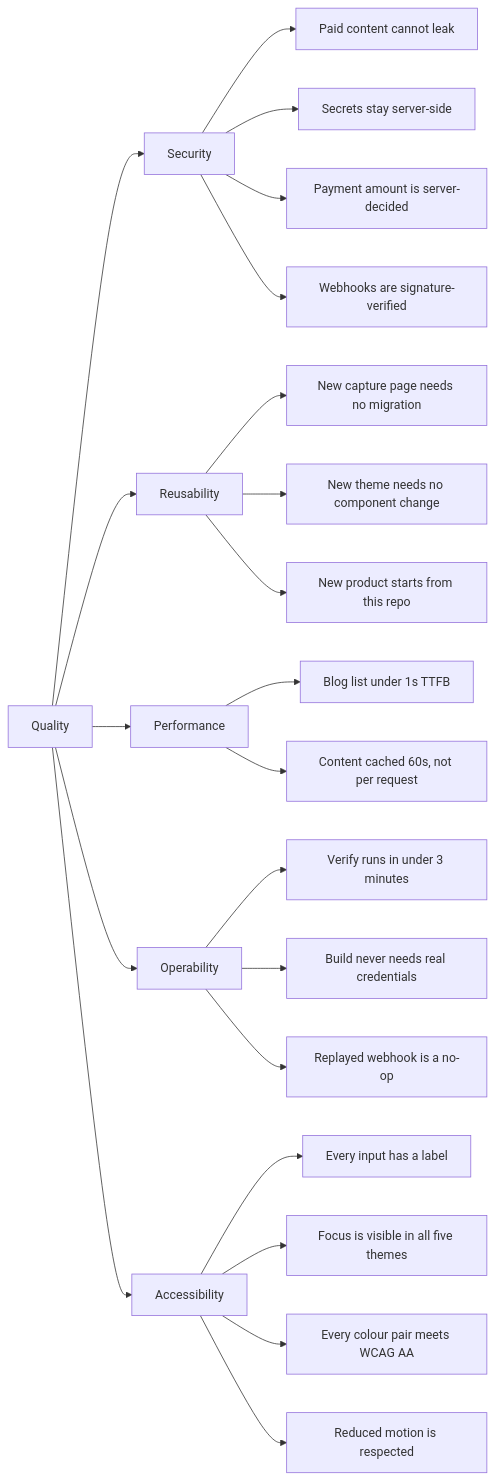
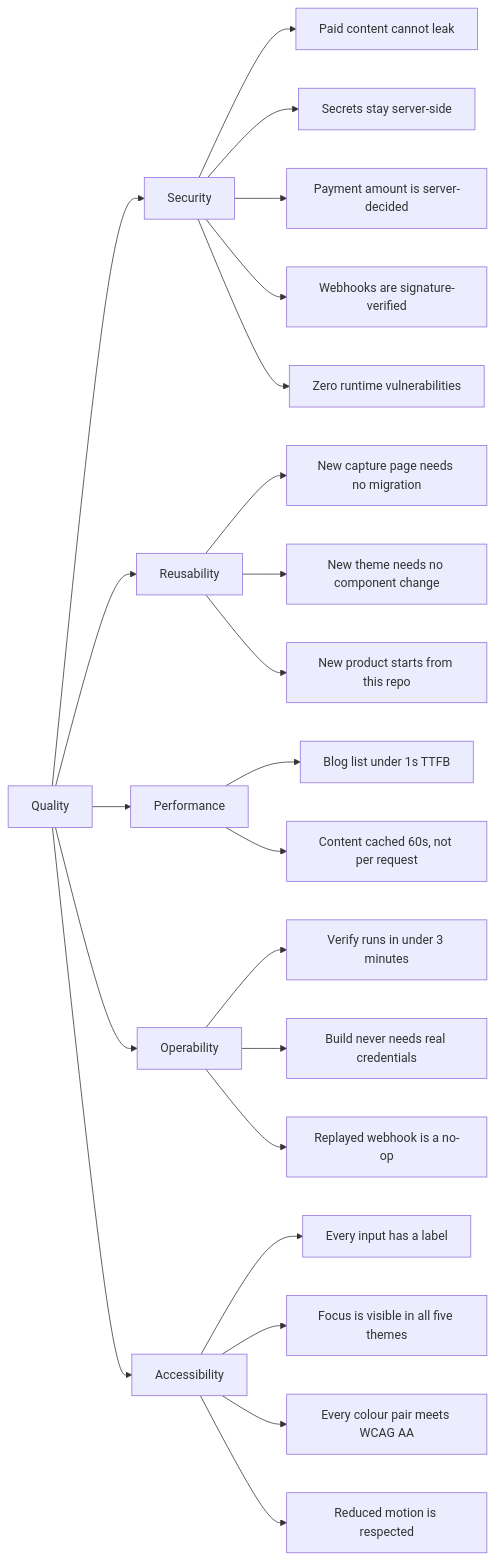
Before and after one commit to arqui-dev/sweai-base-apps: the diagram in docs/arc42/10-quality-requirements.md, drawn with Mermaid. The commit also changed other lines of this file and 23 other files, not shown here.

````diff
--- a/docs/arc42/10-quality-requirements.md
+++ b/docs/arc42/10-quality-requirements.md
@@ -5,29 +5,30 @@
 ```mermaid
 flowchart LR
   Q[Quality] --> SEC[Security]
   Q --> REU[Reusability]
   Q --> PERF[Performance]
   Q --> OPS[Operability]
   Q --> A11Y[Accessibility]
 
   SEC --> S1[Paid content cannot leak]
   SEC --> S2[Secrets stay server-side]
   SEC --> S3[Payment amount is server-decided]
   SEC --> S4[Webhooks are signature-verified]
+  SEC --> S5[Zero runtime vulnerabilities]
 
   REU --> R1[New capture page needs no migration]
   REU --> R2[New theme needs no component change]
   REU --> R3[New product starts from this repo]
 
   PERF --> P1[Blog list under 1s TTFB]
   PERF --> P2[Content cached 60s, not per request]
 
   OPS --> O1[Verify runs in under 3 minutes]
   OPS --> O2[Build never needs real credentials]
   OPS --> O3[Replayed webhook is a no-op]
 
   A11Y --> A1[Every input has a label]
   A11Y --> A2[Focus is visible in all five themes]
   A11Y --> A4[Every colour pair meets WCAG AA]
   A11Y --> A3[Reduced motion is respected]
 ```
````
